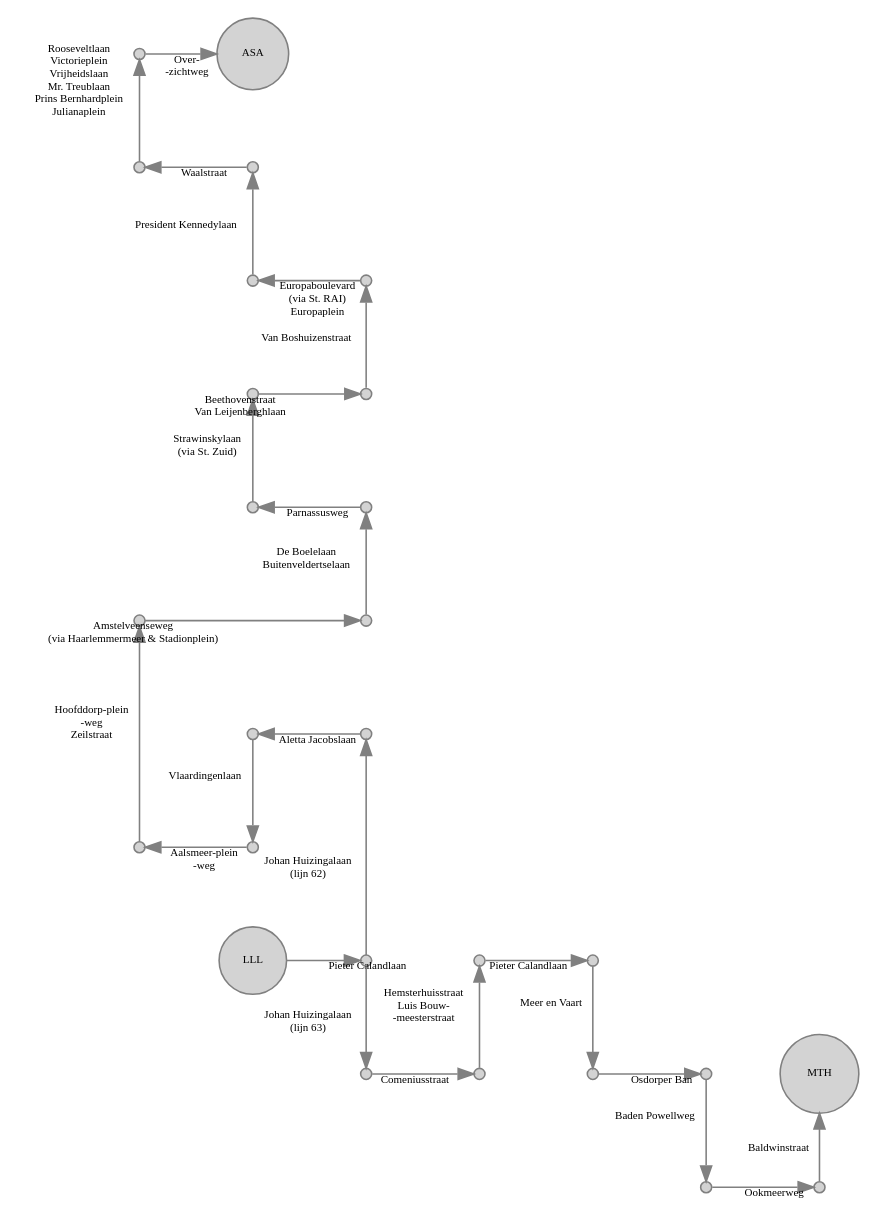
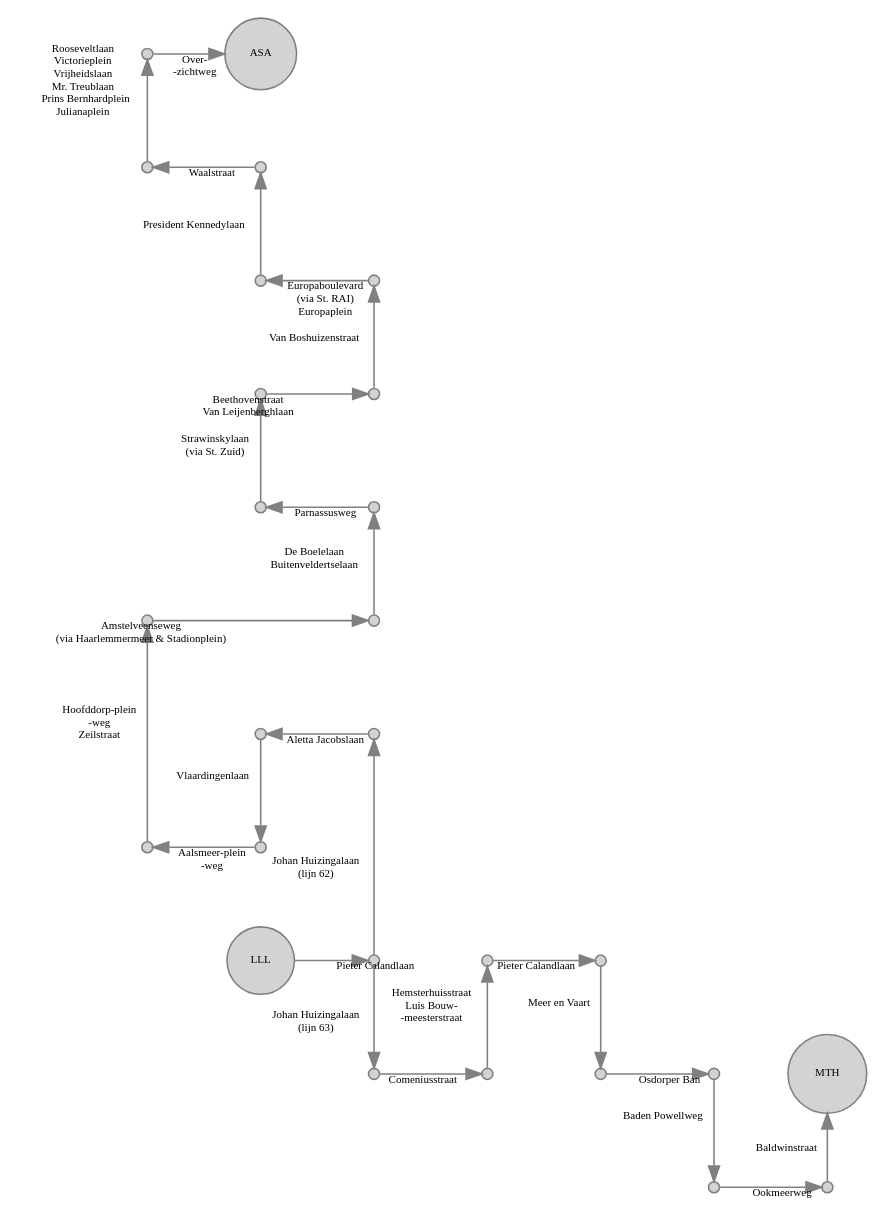
The diagram in gvb/gvb_LLL.gv (JacekPardyak/bus), drawn with Graphviz before and after one commit. The commit also changed 14 other files, not shown here.

```diff
--- a/gvb/gvb_LLL.gv
+++ b/gvb/gvb_LLL.gv
@@ -1,82 +1,82 @@
 digraph G {
   layout = neato
   node [shape = circle, style = filled, fillcolor = lightgray, color=gray, height=0.1, label = "", fontsize = 7]
   edge [color=gray, fontsize = 7]
 
   # lijn 63
   6300 [pos = "0, 0!", label = "LLL"]
   6301 [pos = "1, 0!"]
   6302 [pos = "1,-1!"]
   6303 [pos = "2,-1!"]
   6304 [pos = "2, 0!"]
   6305 [pos = "3, 0!"]
   6306 [pos = "3,-1!"]
   6307 [pos = "4,-1!"]
   6308 [pos = "4,-2!"]
   6309 [pos = "5,-2!"]
   6310 [pos = "5,-1!", label = "MTH"]
 
   6202 [pos = " 1, 2!"]
   6203 [pos = " 0, 2!"]
   6204 [pos = " 0, 1!"]
   6205 [pos = "-1, 1!"]
   6206 [pos = "-1, 3!"]
   6207 [pos = " 1, 3!"]
   6208 [pos = " 1, 4!"]
   6209 [pos = " 0, 4!"]
   6210 [pos = " 0, 5!"]
   6211 [pos = " 1, 5!"]
   6212 [pos = " 1, 6!"]
   6213 [pos = " 0, 6!"]
   6214 [pos = " 0, 7!"]
   6215 [pos = "-1, 7!"]
   6216 [pos = "-1, 8!"]
   6217 [pos = " 0, 8!", label = "ASA"]
 
   6300 -> 6301 [label = "Pieter Calandlaan"]
   6301 -> 6302 [label = "Johan Huizingalaan 
  (lijn 63)"]
   6302 -> 6303 [label = "Comeniusstraat"]
   6303 -> 6304 [label = "Hemsterhuisstraat 
  Luis Bouw-
 -meesterstraat"]
   6304 -> 6305 [label = "Pieter Calandlaan"]
   6305 -> 6306 [label = "Meer en Vaart"]
   6306 -> 6307 [label = "Osdorper Ban"]
   6307 -> 6308 [label = "Baden Powellweg"]
   6308 -> 6309 [label = "Ookmeerweg"]
   6309 -> 6310 [label = "Baldwinstraat"]
 
   6301 -> 6202 [label = "Johan Huizingalaan 
  (lijn 62)"]
   6202 -> 6203 [label = "Aletta Jacobslaan"]
   6203 -> 6204 [label = "Vlaardingenlaan"]
   6204 -> 6205 [label = "Aalsmeer-plein 
  -weg"]
   6205 -> 6206 [label = "Hoofddorp-plein 
  -weg 
  Zeilstraat"]
   6206 -> 6207 [label = "Amstelveenseweg 
  (via Haarlemmermeer & Stadionplein)"]
   6207 -> 6208 [label = "De Boelelaan 
  Buitenveldertselaan"]
   6208 -> 6209 [label = "Parnassusweg"]
   6209 -> 6210 [label = "Strawinskylaan 
  (via St. Zuid)"]
   6210 -> 6211 [label = "Beethovenstraat 
  Van Leijenberghlaan"]
   6211 -> 6212 [label = "Van Boshuizenstraat"]
   6212 -> 6213 [label = "Europaboulevard 
  (via St. RAI) 
  Europaplein"]
   6213 -> 6214 [label = "President Kennedylaan"]
   6214 -> 6215 [label = "Waalstraat"]
   6215 -> 6216 [label = "Rooseveltlaan 
 Victorieplein 
 Vrijheidslaan 
 Mr. Treublaan 
- Prins Bernhardplein 
+ &nbsp; Prins Bernhardplein 
 Julianaplein"]
   6216 -> 6217 [label = "Over-
 -zichtweg"]
 }
```
